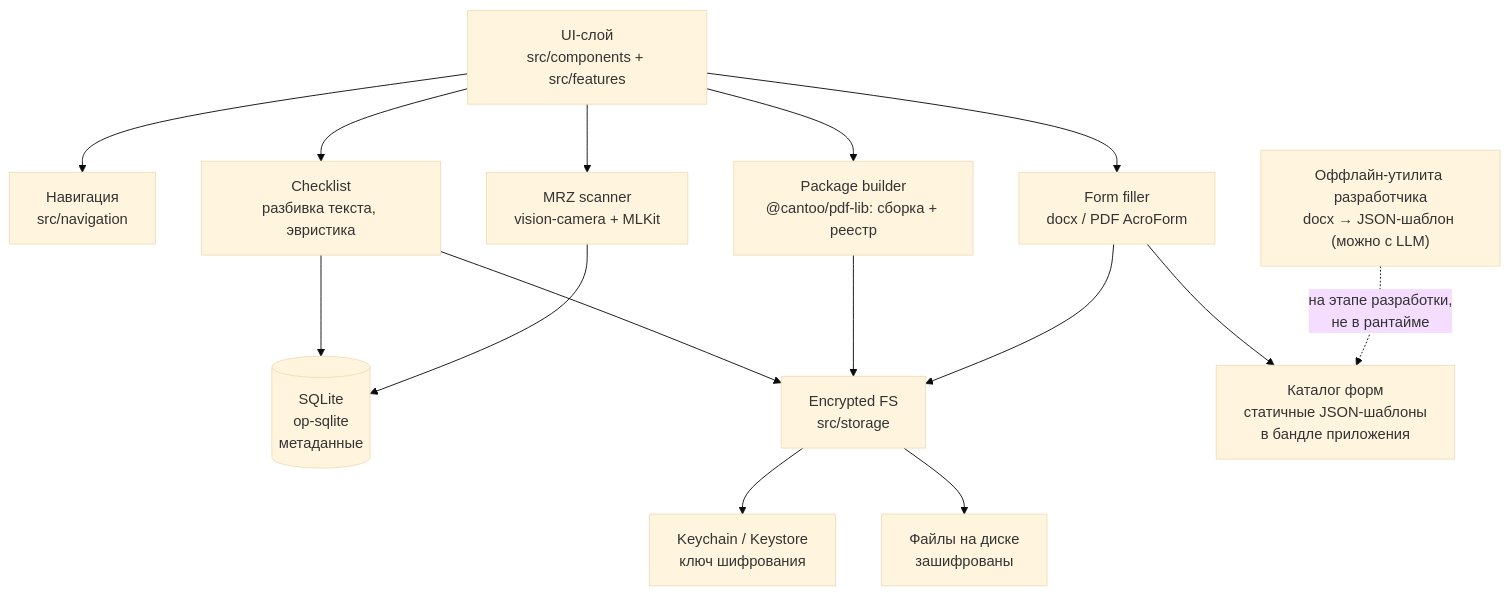
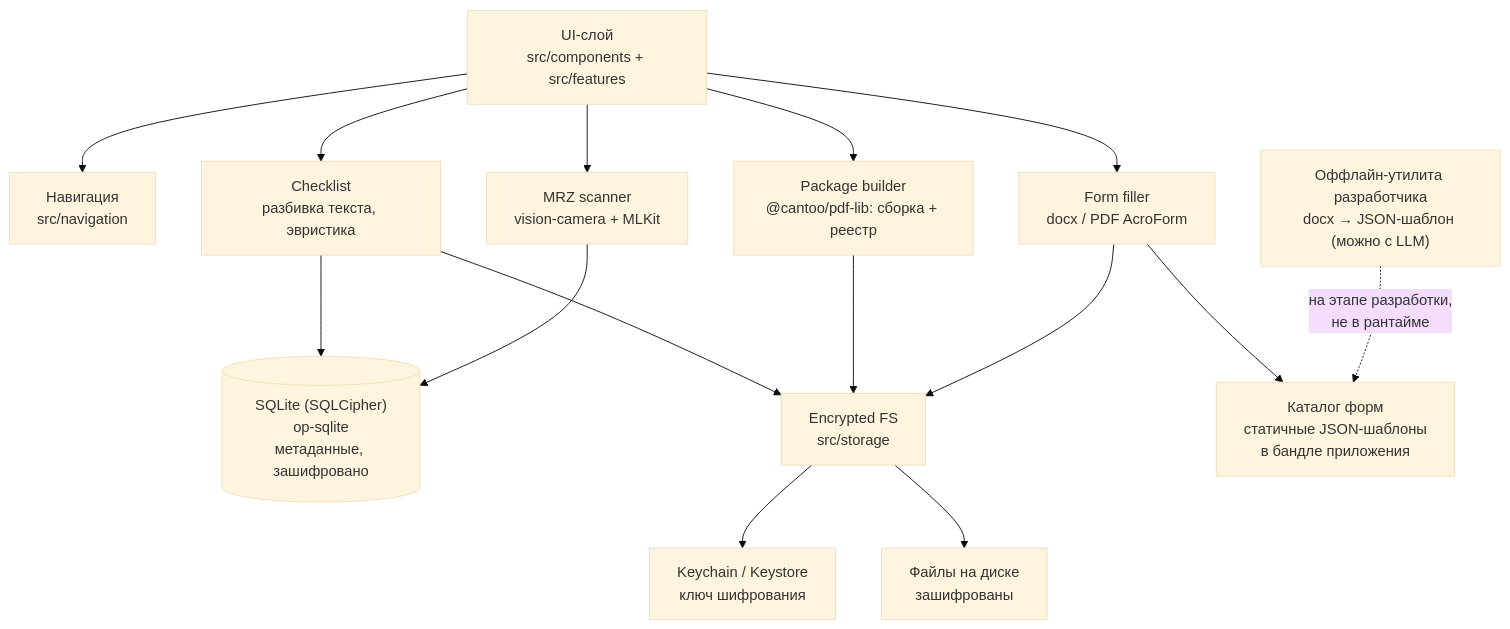
The diagram in docs/architecture.md (dplatonova1/go-docs), drawn with Mermaid (base theme) before and after one commit. The commit also changed other lines of this file and 10 other files, not shown here.

````diff
--- a/docs/architecture.md
+++ b/docs/architecture.md
@@ -22,23 +22,23 @@
 ```mermaid
 graph TD
     UI["UI-слой<br/>src/components + src/features"]
     NAV["Навигация<br/>src/navigation"]
 
     UI --> NAV
     UI --> CHK["Checklist<br/>разбивка текста, эвристика"]
     UI --> PKG["Package builder<br/>@cantoo/pdf-lib: сборка + реестр"]
     UI --> FORMS["Form filler<br/>docx / PDF AcroForm"]
     UI --> MRZ["MRZ scanner<br/>vision-camera + MLKit"]
 
-    CHK --> DB[("SQLite<br/>op-sqlite<br/>метаданные")]
+    CHK --> DB[("SQLite (SQLCipher)<br/>op-sqlite<br/>метаданные, зашифровано")]
     CHK --> FS["Encrypted FS<br/>src/storage"]
     PKG --> FS
     FORMS --> FS
     FORMS --> CAT["Каталог форм<br/>статичные JSON-шаблоны<br/>в бандле приложения"]
     MRZ --> DB
 
     FS --> KEY["Keychain / Keystore<br/>ключ шифрования"]
     FS --> DISK["Файлы на диске<br/>зашифрованы"]
 
     DEV["Оффлайн-утилита разработчика<br/>docx → JSON-шаблон (можно с LLM)"] -.->|"на этапе разработки,<br/>не в рантайме"| CAT
 ```
````
